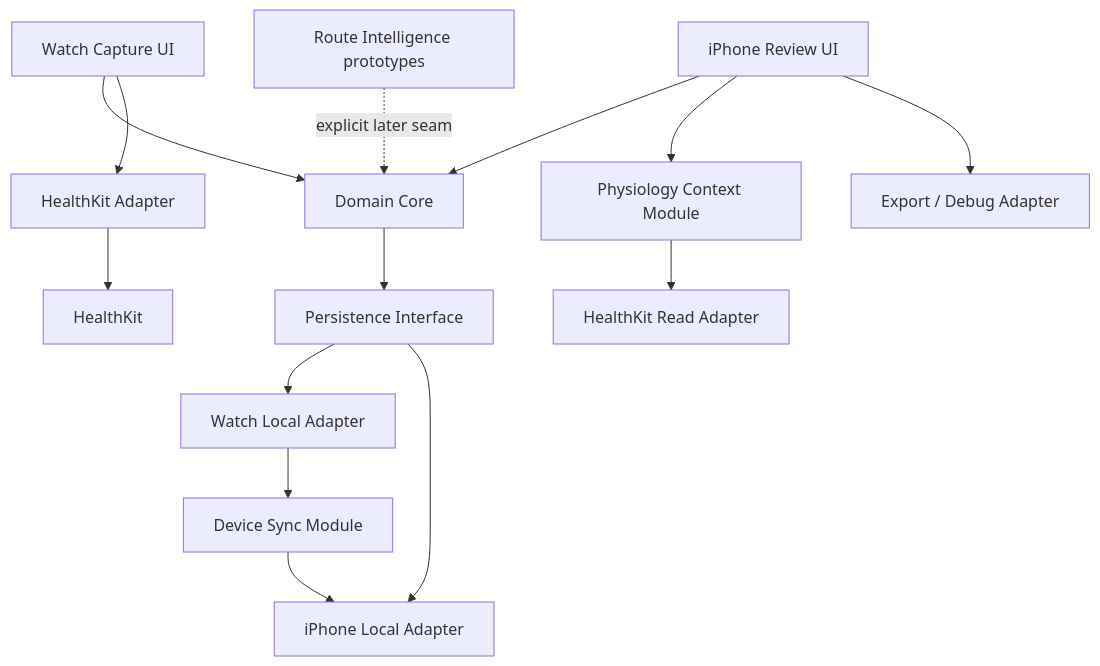
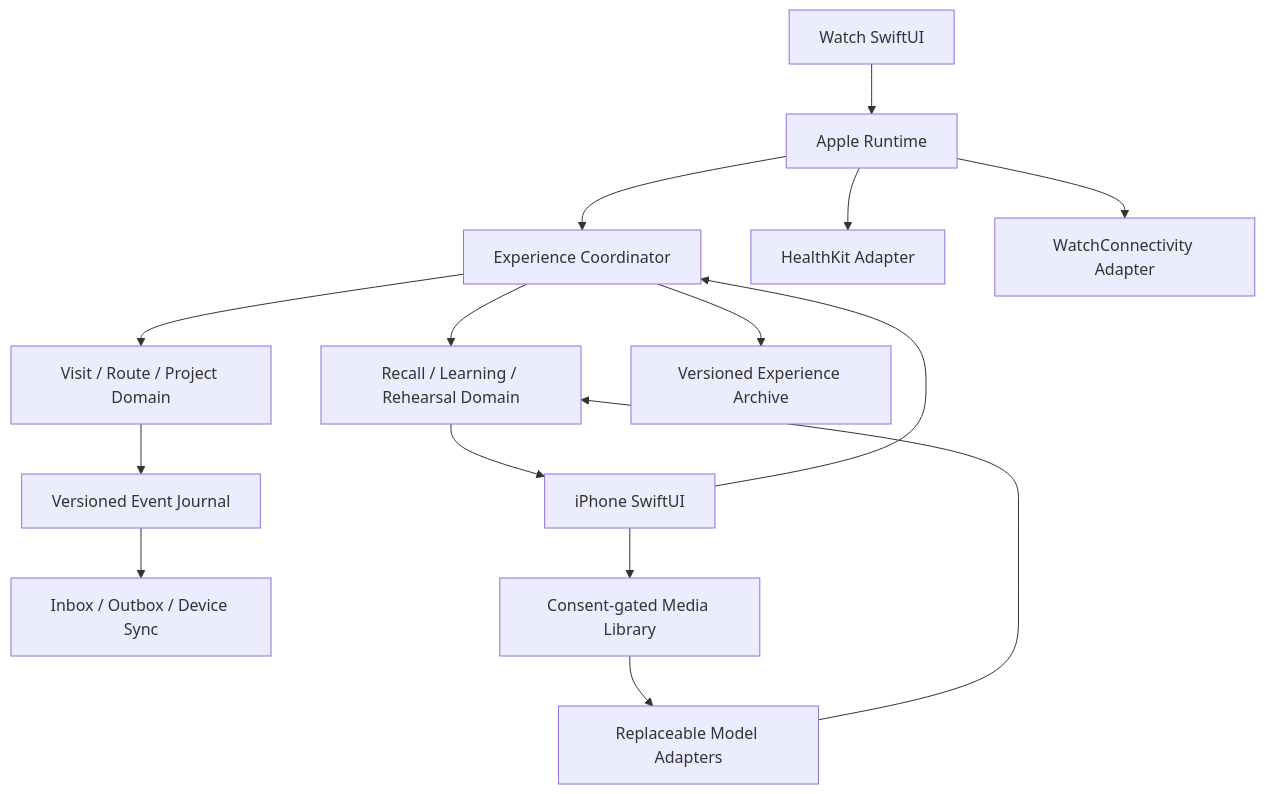
Before and after one commit to WILLOSCAR/linewise: the diagram in docs/climbing_bouldering_implementation_plan.md, drawn with Mermaid. The commit also changed other lines of this file and 2 other files, not shown here.

````diff
--- a/docs/climbing_bouldering_implementation_plan.md
+++ b/docs/climbing_bouldering_implementation_plan.md
@@ -54,17 +39,17 @@
 ```mermaid
 flowchart TB
-    WUI["Watch Capture UI"] --> DC["Domain Core"]
-    PUI["iPhone Review UI"] --> DC
-    DC --> PS["Persistence Interface"]
-    PS --> WDB["Watch Local Adapter"]
-    PS --> PDB["iPhone Local Adapter"]
-    WDB --> SY["Device Sync Module"]
-    SY --> PDB
-    WUI --> HKP["HealthKit Adapter"]
-    HKP --> HK["HealthKit"]
-    PUI --> PHY["Physiology Context Module"]
-    PHY --> HKR["HealthKit Read Adapter"]
-    PUI --> EX["Export / Debug Adapter"]
-
-    RC["Route Intelligence prototypes"] -. explicit later seam .-> DC
+    WUI["Watch SwiftUI"] --> AR["Apple Runtime"]
+    PUI["iPhone SwiftUI"] --> EC["Experience Coordinator"]
+    AR --> EC
+    EC --> VM["Visit / Route / Project Domain"]
+    EC --> RR["Recall / Learning / Rehearsal Domain"]
+    VM --> JR["Versioned Event Journal"]
+    EC --> EA["Versioned Experience Archive"]
+    JR --> SY["Inbox / Outbox / Device Sync"]
+    AR --> HK["HealthKit Adapter"]
+    AR --> WC["WatchConnectivity Adapter"]
+    PUI --> ML["Consent-gated Media Library"]
+    ML --> AI["Replaceable Model Adapters"]
+    AI --> RR
+    RR --> PUI
 ```
````
